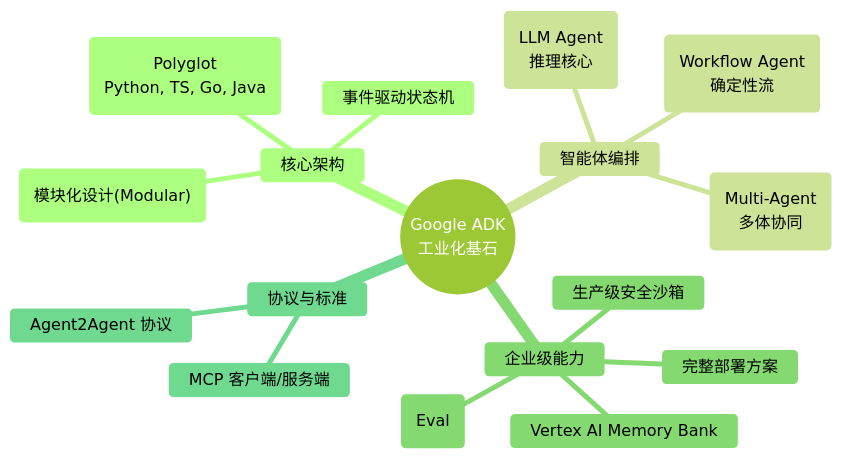
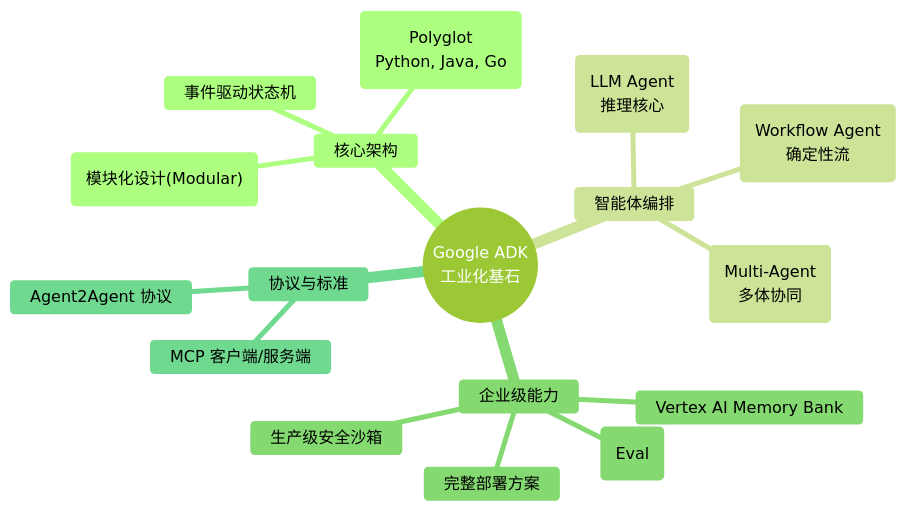
Before and after one commit to ThreeFish-AI/negentropy: the first of 16 diagrams in docs/research/020-agent-runtime-frameworks.md, drawn with Mermaid (forest theme). The commit also changed other lines of this file and 8 other files, not shown here.

````diff
--- a/docs/research/020-agent-runtime-frameworks.md
+++ b/docs/research/020-agent-runtime-frameworks.md
@@ -40,20 +40,20 @@
 ```mermaid
 mindmap
   root((Google ADK<br/>工业化基石))
     核心架构
       模块化设计 ("模块化设计(Modular)")
-      多语言运行时 (Polyglot<br/>Python, TS, Go, Java)
+      多语言运行时 (Polyglot<br/>Python, Java, Go)
       事件驱动状态机
     智能体编排
       LLM Agent (LLM Agent<br/>推理核心)
       Workflow Agent (Workflow Agent<br/>确定性流)
       Multi-Agent (Multi-Agent<br/>多体协同)
     企业级能力
       Vertex AI Memory Bank
       完整评估框架 (Eval)
       完整部署方案
       生产级安全沙箱
     协议与标准
       MCP 客户端/服务端
       Agent2Agent 协议
 ```
````
